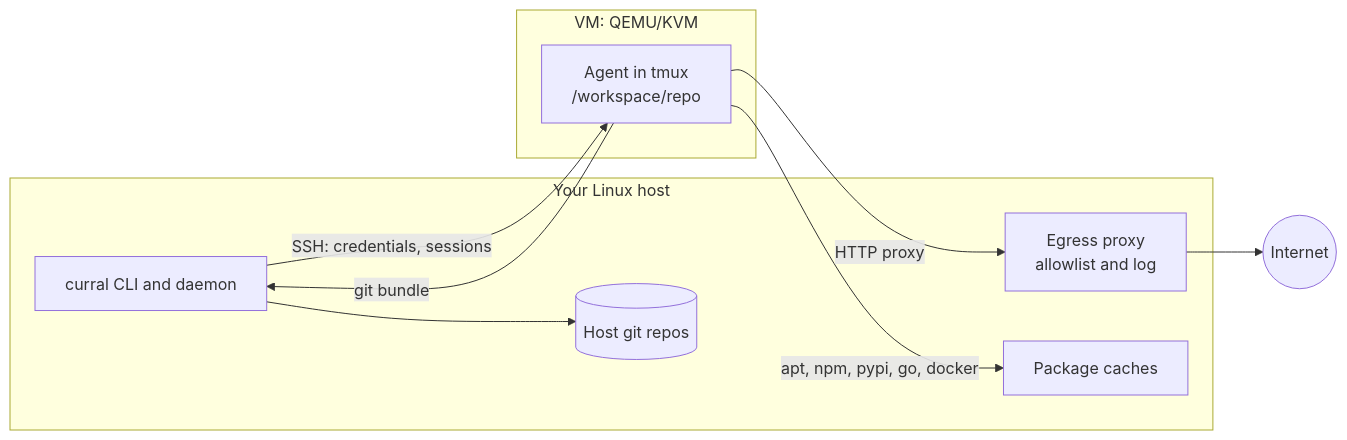
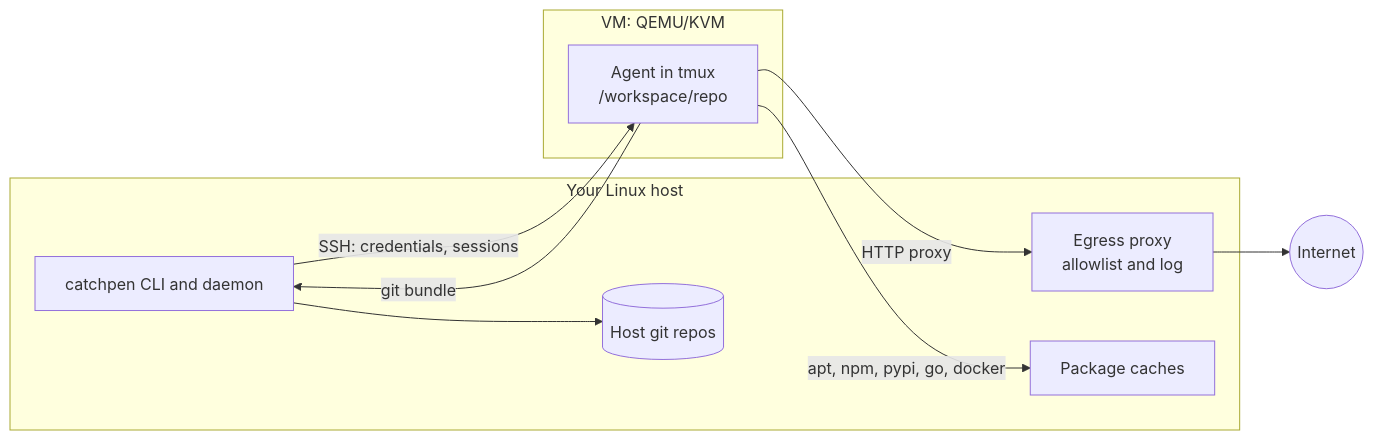
Before and after one commit to blackshieldpt/catchpen: the diagram in docs/README.md, drawn with Mermaid. The commit also changed other lines of this file and 171 other files, not shown here.

Commit message:
Rename curral to catchpen

````diff
--- a/docs/README.md
+++ b/docs/README.md
@@ -30,16 +30,16 @@
 ```mermaid
 flowchart LR
   subgraph host[Your Linux host]
-    cli[curral CLI and daemon]
+    cli[catchpen CLI and daemon]
     proxy[Egress proxy<br/>allowlist and log]
     cache[Package caches]
     repo[(Host git repos)]
   end
   subgraph vm[VM: QEMU/KVM]
     agent[Agent in tmux<br/>/workspace/repo]
   end
   cli -- SSH: credentials, sessions --> agent
   agent -- HTTP proxy --> proxy --> internet((Internet))
   agent -- apt, npm, pypi, go, docker --> cache
   agent -- git bundle --> cli --> repo
 ```
````
